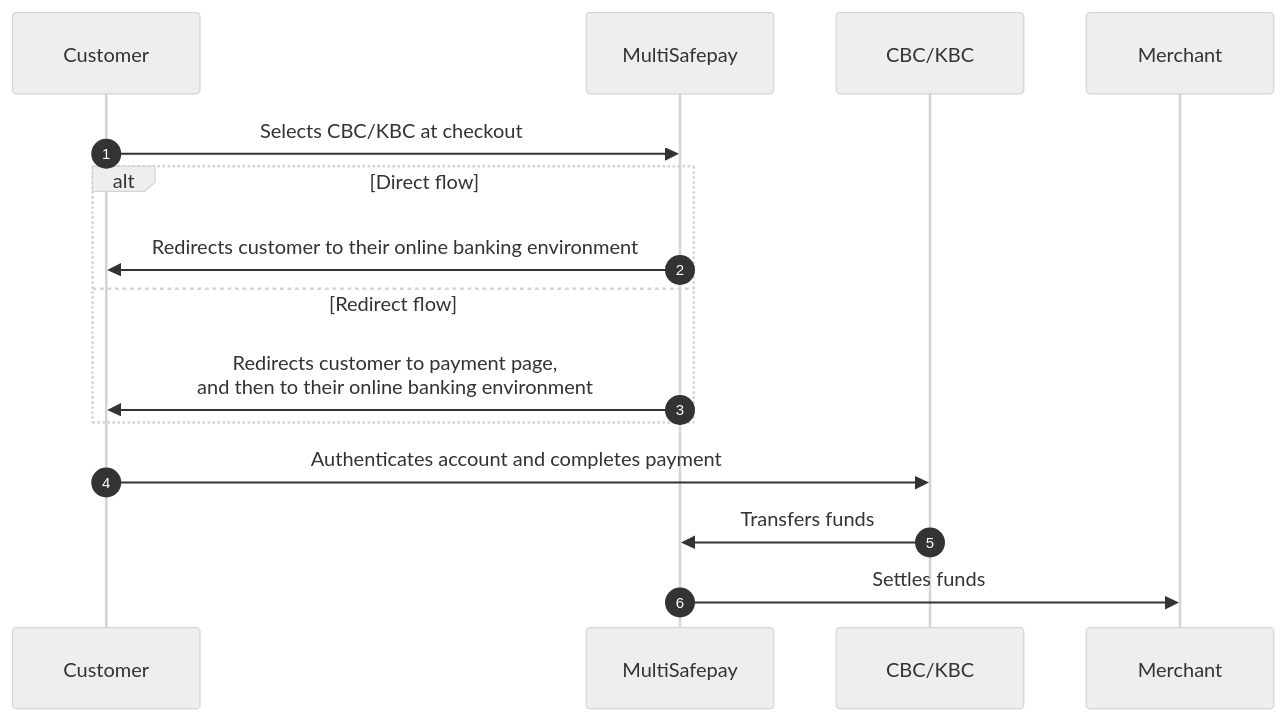
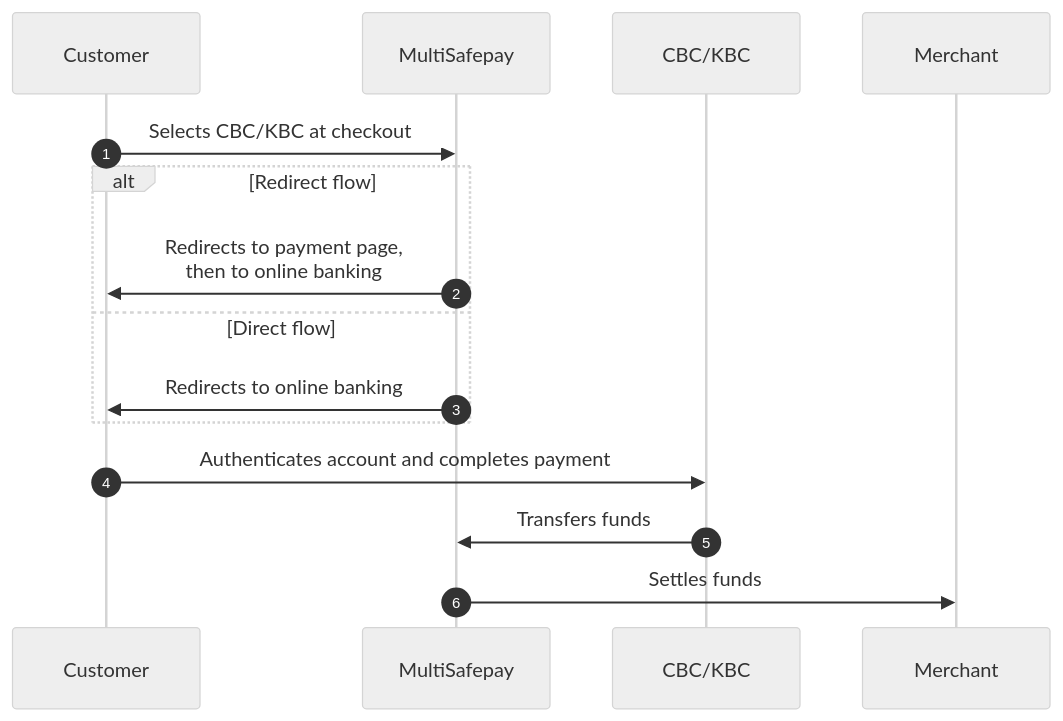
The diagram in content/payments/methods/banks/cbc-kbc/payment-flow.md (MultiSafepay/docs), drawn with Mermaid (neutral theme) before and after one commit. The commit also changed other lines of this file and 35 other files, not shown here.

```diff
--- a/content/payments/methods/banks/cbc-kbc/payment-flow.md
+++ b/content/payments/methods/banks/cbc-kbc/payment-flow.md
@@ -19,20 +19,20 @@
 {{< mermaid class="text-center" >}}
 
 sequenceDiagram
     autonumber
     participant C as Customer
     participant Mu as MultiSafepay
     participant CK as CBC/KBC
     participant Me as Merchant
 
     C->>Mu: Selects CBC/KBC at checkout
-    alt Direct flow
-    Mu->>C: Redirects customer to their online banking environment
-    else Redirect flow
-    Mu->>C: Redirects customer to payment page, <br> and then to their online banking environment
+    alt Redirect flow
+    Mu->>C: Redirects to payment page, <br> then to online banking
+    else Direct flow
+    Mu->>C: Redirects to online banking
     end
     C->>CK: Authenticates account and completes payment
     CK->>Mu: Transfers funds 
     Mu->>Me: Settles funds
 
 {{< /mermaid >}}
```
